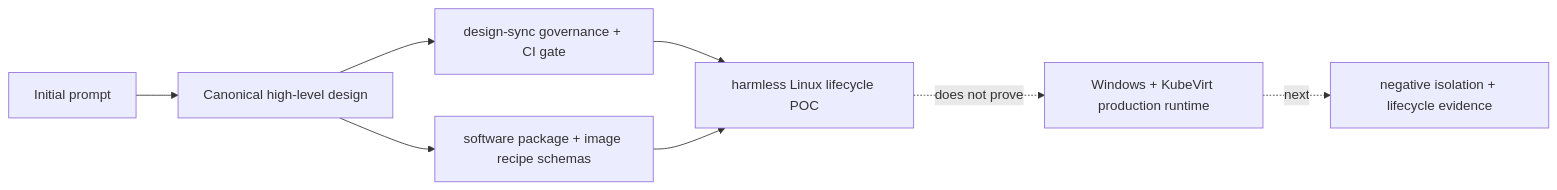
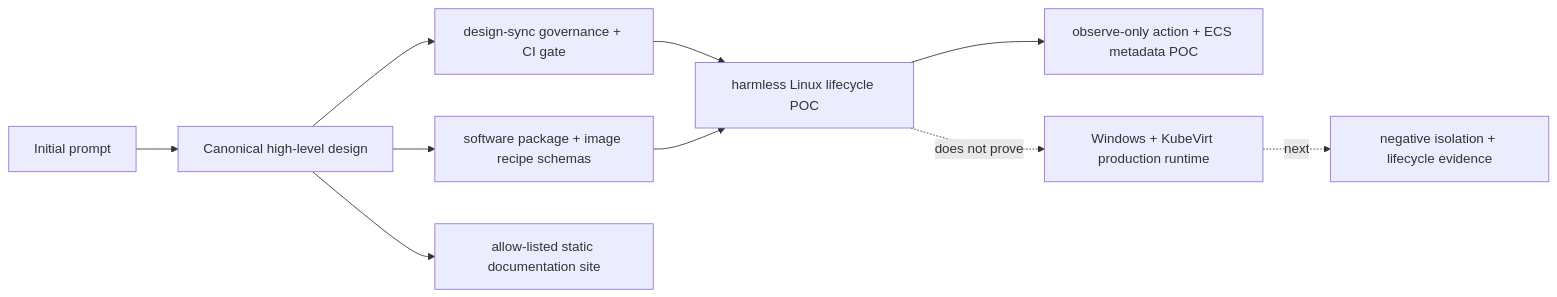
Before and after one commit to diaryfolio/MalZone: the diagram in docs/design/high-level/00-implementation-conformance.md, drawn with Mermaid. The commit also changed other lines of this file and 44 other files, not shown here.

````diff
--- a/docs/design/high-level/00-implementation-conformance.md
+++ b/docs/design/high-level/00-implementation-conformance.md
@@ -15,9 +15,11 @@
 ```mermaid
 flowchart LR
     Prompt["Initial prompt"] --> Design["Canonical high-level design"]
     Design --> Governance["design-sync governance + CI gate"]
     Design --> SoftwareContracts["software package + image recipe schemas"]
     Governance & SoftwareContracts --> POC["harmless Linux lifecycle POC"]
+    POC --> AgentPOC["observe-only action + ECS metadata POC"]
+    Design --> Pages["allow-listed static documentation site"]
     POC -. "does not prove" .-> Production["Windows + KubeVirt production runtime"]
     Production -. "next" .-> Cluster["negative isolation + lifecycle evidence"]
 ```
````
